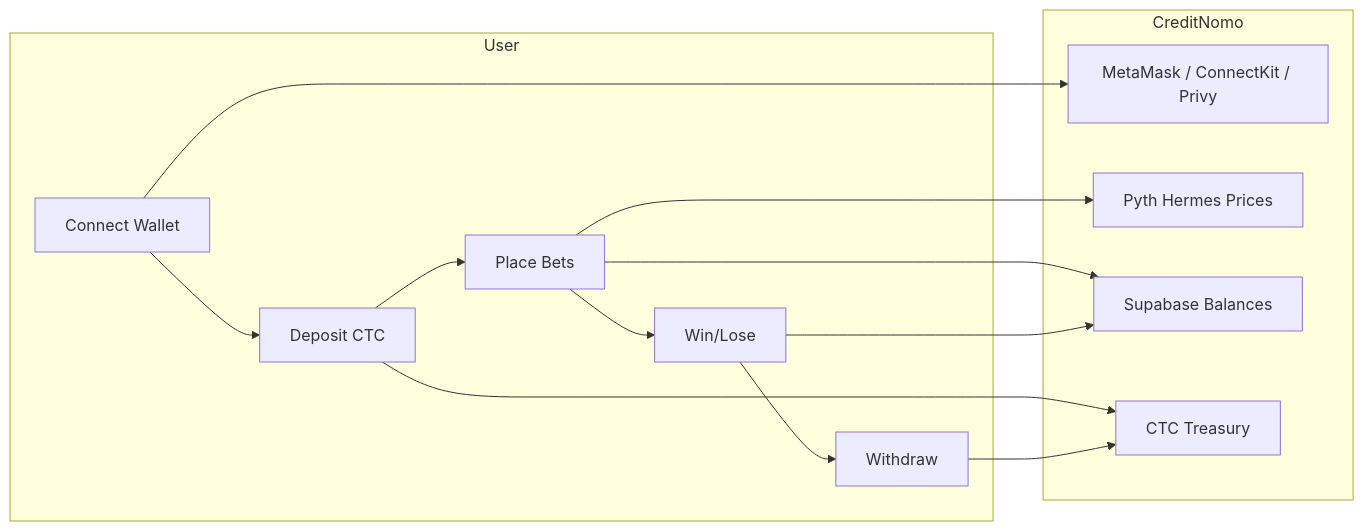
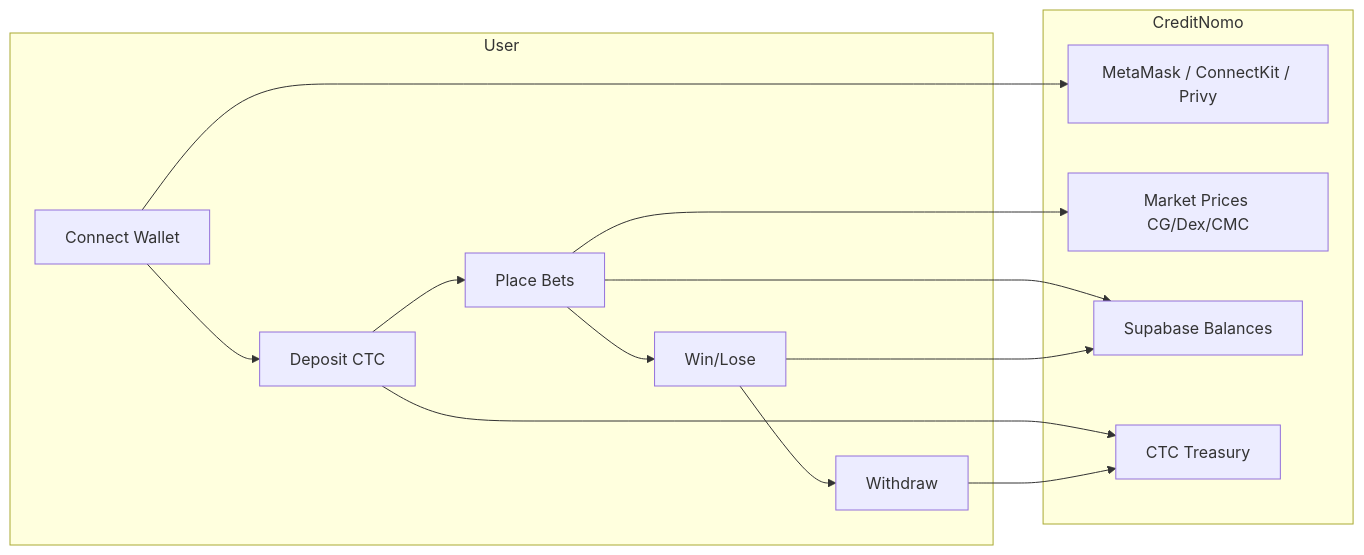
Before and after one commit to Amaan02/Creditnomo: the first of 4 diagrams in README.md, drawn with Mermaid. The commit also changed other lines of this file and 36 other files, not shown here.

````diff
--- a/README.md
+++ b/README.md
@@ -134,21 +151,21 @@
 ```mermaid
 flowchart LR
     subgraph User
         A[Connect Wallet] --> B[Deposit CTC]
         B --> C[Place Bets]
         C --> D[Win/Lose]
         D --> E[Withdraw]
     end
     subgraph CreditNomo
         F[MetaMask / ConnectKit / Privy]
-        G[Pyth Hermes Prices]
+        G[Market Prices CG/Dex/CMC]
         H[Supabase Balances]
         I[CTC Treasury]
     end
     A --> F
     B --> I
     C --> G
     C --> H
     D --> H
     E --> I
 ```
````
